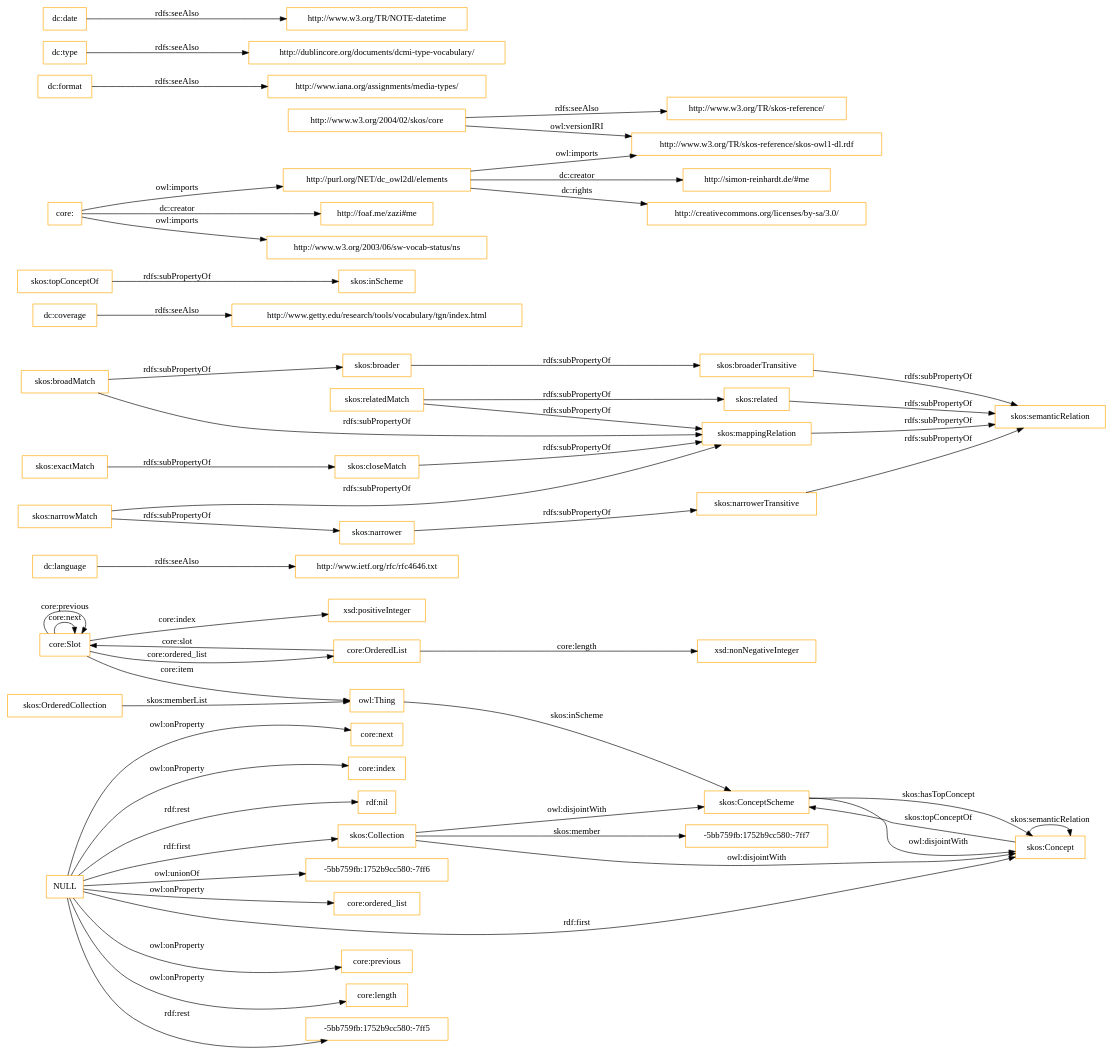
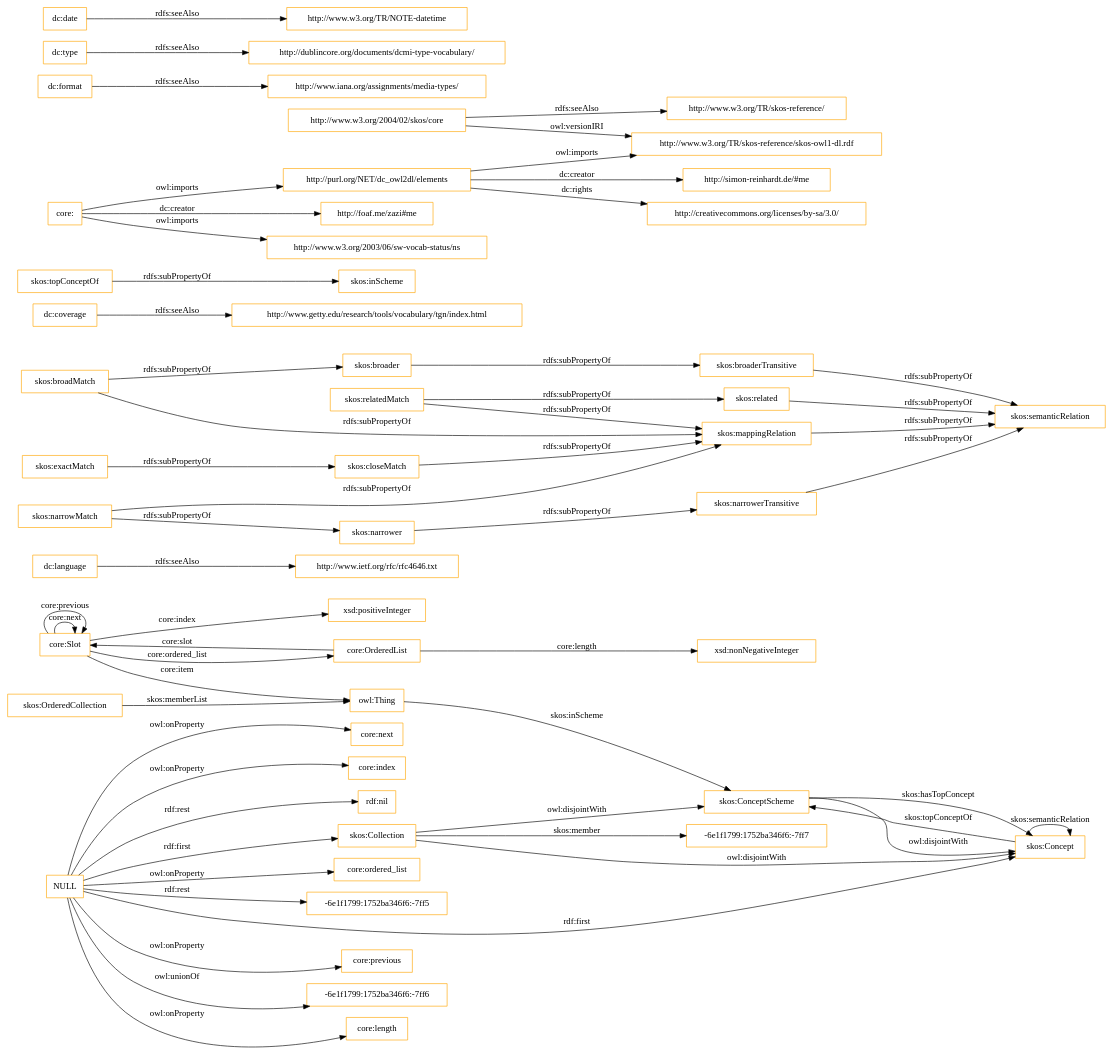
The diagram in OnToology/imports/core.owl/diagrams/ar2dtool-class/core.owl.png.dot (OnToologyUser/core-ontology-1), drawn with Graphviz before and after one commit. The commit also changed 14 other files, not shown here.

```diff
--- a/OnToology/imports/core.owl/diagrams/ar2dtool-class/core.owl.png.dot
+++ b/OnToology/imports/core.owl/diagrams/ar2dtool-class/core.owl.png.dot
@@ -1,60 +1,60 @@
 digraph ar2dtool_diagram { 
 rankdir=LR;
 size="1501"
-node [shape = rectangle, color="orange"]; "core:Slot" "core:OrderedList" "-5bb759fb:1752b9cc580:-7ff7" "skos:OrderedCollection" "skos:Collection" "skos:ConceptScheme" "skos:Concept" ; /*classes style*/
+node [shape = rectangle, color="orange"]; "core:Slot" "core:OrderedList" "-6e1f1799:1752ba346f6:-7ff7" "skos:OrderedCollection" "skos:Collection" "skos:ConceptScheme" "skos:Concept" ; /*classes style*/
 	"dc:language" -> "http://www.ietf.org/rfc/rfc4646.txt" [ label = "rdfs:seeAlso" ];
 	"NULL" -> "core:previous" [ label = "owl:onProperty" ];
+	"NULL" -> "-6e1f1799:1752ba346f6:-7ff6" [ label = "owl:unionOf" ];
 	"NULL" -> "core:length" [ label = "owl:onProperty" ];
 	"NULL" -> "skos:Concept" [ label = "rdf:first" ];
-	"NULL" -> "-5bb759fb:1752b9cc580:-7ff5" [ label = "rdf:rest" ];
 	"NULL" -> "core:next" [ label = "owl:onProperty" ];
 	"NULL" -> "core:index" [ label = "owl:onProperty" ];
 	"NULL" -> "rdf:nil" [ label = "rdf:rest" ];
-	"NULL" -> "-5bb759fb:1752b9cc580:-7ff6" [ label = "owl:unionOf" ];
 	"NULL" -> "core:ordered_list" [ label = "owl:onProperty" ];
+	"NULL" -> "-6e1f1799:1752ba346f6:-7ff5" [ label = "rdf:rest" ];
 	"NULL" -> "skos:Collection" [ label = "rdf:first" ];
 	"skos:closeMatch" -> "skos:mappingRelation" [ label = "rdfs:subPropertyOf" ];
 	"dc:coverage" -> "http://www.getty.edu/research/tools/vocabulary/tgn/index.html" [ label = "rdfs:seeAlso" ];
 	"skos:relatedMatch" -> "skos:related" [ label = "rdfs:subPropertyOf" ];
 	"skos:relatedMatch" -> "skos:mappingRelation" [ label = "rdfs:subPropertyOf" ];
 	"skos:ConceptScheme" -> "skos:Concept" [ label = "owl:disjointWith" ];
 	"skos:related" -> "skos:semanticRelation" [ label = "rdfs:subPropertyOf" ];
 	"skos:topConceptOf" -> "skos:inScheme" [ label = "rdfs:subPropertyOf" ];
 	"skos:broadMatch" -> "skos:broader" [ label = "rdfs:subPropertyOf" ];
 	"skos:broadMatch" -> "skos:mappingRelation" [ label = "rdfs:subPropertyOf" ];
 	"http://purl.org/NET/dc_owl2dl/elements" -> "http://www.w3.org/TR/skos-reference/skos-owl1-dl.rdf" [ label = "owl:imports" ];
 	"http://purl.org/NET/dc_owl2dl/elements" -> "http://creativecommons.org/licenses/by-sa/3.0/" [ label = "dc:rights" ];
 	"http://purl.org/NET/dc_owl2dl/elements" -> "http://simon-reinhardt.de/#me" [ label = "dc:creator" ];
 	"skos:exactMatch" -> "skos:closeMatch" [ label = "rdfs:subPropertyOf" ];
 	"dc:format" -> "http://www.iana.org/assignments/media-types/" [ label = "rdfs:seeAlso" ];
 	"core:" -> "http://foaf.me/zazi#me" [ label = "dc:creator" ];
 	"core:" -> "http://www.w3.org/2003/06/sw-vocab-status/ns" [ label = "owl:imports" ];
 	"core:" -> "http://purl.org/NET/dc_owl2dl/elements" [ label = "owl:imports" ];
 	"skos:broaderTransitive" -> "skos:semanticRelation" [ label = "rdfs:subPropertyOf" ];
 	"skos:mappingRelation" -> "skos:semanticRelation" [ label = "rdfs:subPropertyOf" ];
 	"skos:broader" -> "skos:broaderTransitive" [ label = "rdfs:subPropertyOf" ];
 	"dc:type" -> "http://dublincore.org/documents/dcmi-type-vocabulary/" [ label = "rdfs:seeAlso" ];
 	"http://www.w3.org/2004/02/skos/core" -> "http://www.w3.org/TR/skos-reference/skos-owl1-dl.rdf" [ label = "owl:versionIRI" ];
 	"http://www.w3.org/2004/02/skos/core" -> "http://www.w3.org/TR/skos-reference/" [ label = "rdfs:seeAlso" ];
 	"skos:Collection" -> "skos:ConceptScheme" [ label = "owl:disjointWith" ];
 	"skos:Collection" -> "skos:Concept" [ label = "owl:disjointWith" ];
 	"skos:narrowMatch" -> "skos:narrower" [ label = "rdfs:subPropertyOf" ];
 	"skos:narrowMatch" -> "skos:mappingRelation" [ label = "rdfs:subPropertyOf" ];
 	"skos:narrower" -> "skos:narrowerTransitive" [ label = "rdfs:subPropertyOf" ];
 	"dc:date" -> "http://www.w3.org/TR/NOTE-datetime" [ label = "rdfs:seeAlso" ];
 	"skos:narrowerTransitive" -> "skos:semanticRelation" [ label = "rdfs:subPropertyOf" ];
 	"core:Slot" -> "xsd:positiveInteger" [ label = "core:index" ];
 	"skos:Concept" -> "skos:ConceptScheme" [ label = "skos:topConceptOf" ];
 	"core:Slot" -> "owl:Thing" [ label = "core:item" ];
 	"core:OrderedList" -> "xsd:nonNegativeInteger" [ label = "core:length" ];
 	"core:OrderedList" -> "core:Slot" [ label = "core:slot" ];
-	"skos:Collection" -> "-5bb759fb:1752b9cc580:-7ff7" [ label = "skos:member" ];
+	"skos:Collection" -> "-6e1f1799:1752ba346f6:-7ff7" [ label = "skos:member" ];
 	"core:Slot" -> "core:Slot" [ label = "core:next" ];
 	"skos:ConceptScheme" -> "skos:Concept" [ label = "skos:hasTopConcept" ];
 	"owl:Thing" -> "skos:ConceptScheme" [ label = "skos:inScheme" ];
 	"core:Slot" -> "core:Slot" [ label = "core:previous" ];
 	"skos:OrderedCollection" -> "owl:Thing" [ label = "skos:memberList" ];
 	"skos:Concept" -> "skos:Concept" [ label = "skos:semanticRelation" ];
 	"core:Slot" -> "core:OrderedList" [ label = "core:ordered_list" ];
 
 }
```
